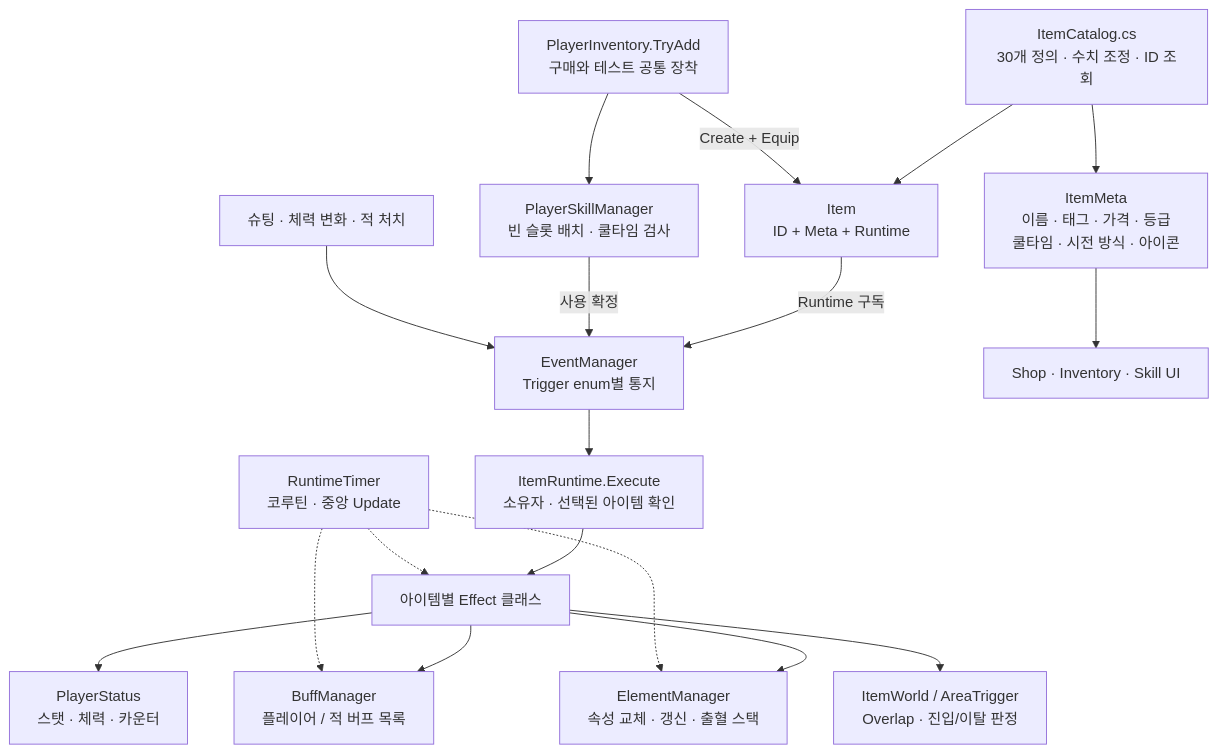
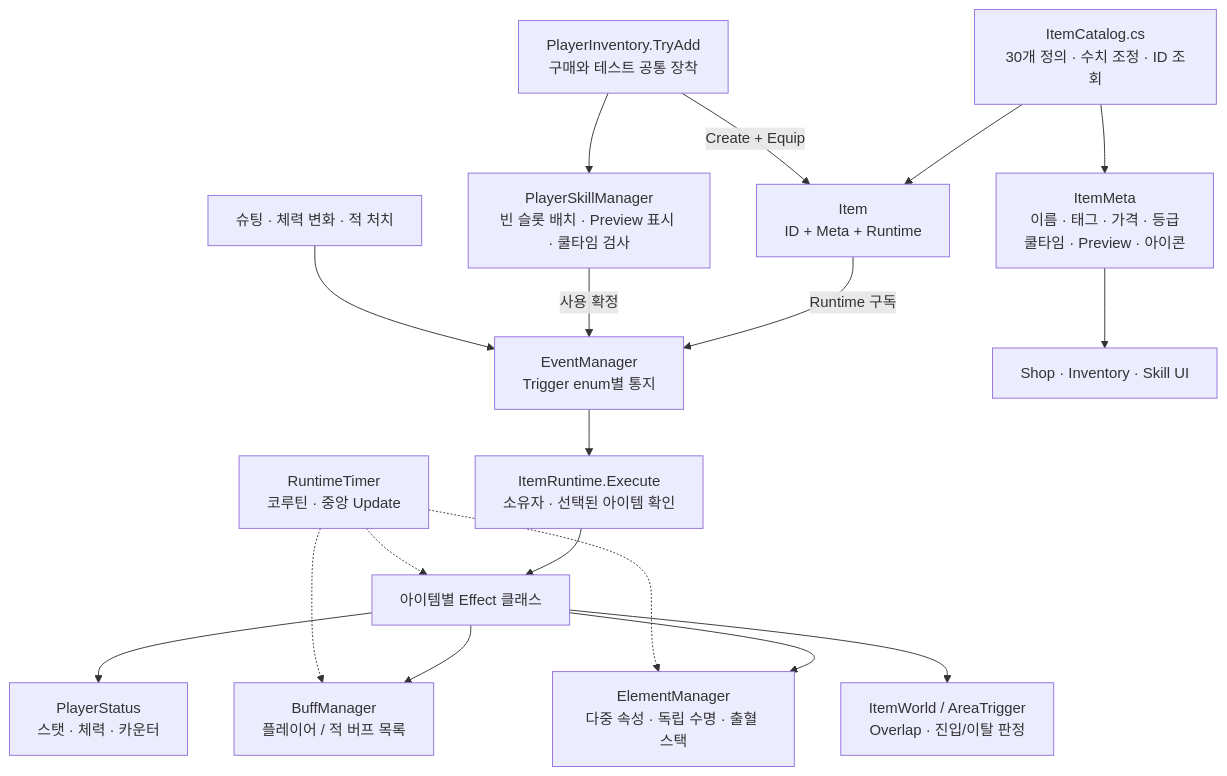
The diagram in Docs/ItemSystem.md (park2002js/2026-U-jam-project), drawn with Mermaid before and after one commit. The commit also changed other lines of this file and 238 other files, not shown here.

First line of the commit message:
Preview 및 Item FX 작업 (#52)

````diff
--- a/Docs/ItemSystem.md
+++ b/Docs/ItemSystem.md
@@ -9,32 +9,32 @@
 ```mermaid
 flowchart TD
     Catalog["ItemCatalog.cs<br/>30개 정의 · 수치 조정 · ID 조회"]
-    Meta["ItemMeta<br/>이름 · 태그 · 가격 · 등급<br/>쿨타임 · 시전 방식 · 아이콘"]
+    Meta["ItemMeta<br/>이름 · 태그 · 가격 · 등급<br/>쿨타임 · Preview · 아이콘"]
     Owned["Item<br/>ID + Meta + Runtime"]
     Inventory["PlayerInventory.TryAdd<br/>구매와 테스트 공통 장착"]
-    Slot["PlayerSkillManager<br/>빈 슬롯 배치 · 쿨타임 검사"]
+    Slot["PlayerSkillManager<br/>빈 슬롯 배치 · Preview 표시 · 쿨타임 검사"]
     Bus["EventManager<br/>Trigger enum별 통지"]
     Runtime["ItemRuntime.Execute<br/>소유자 · 선택된 아이템 확인"]
     Effect["아이템별 Effect 클래스"]
     Status["PlayerStatus<br/>스탯 · 체력 · 카운터"]
     Buff["BuffManager<br/>플레이어 / 적 버프 목록"]
-    Element["ElementManager<br/>속성 교체 · 갱신 · 출혈 스택"]
+    Element["ElementManager<br/>다중 속성 · 독립 수명 · 출혈 스택"]
     Area["ItemWorld / AreaTrigger<br/>Overlap · 진입/이탈 판정"]
     Timer["RuntimeTimer<br/>코루틴 · 중앙 Update"]
     Catalog --> Owned
     Catalog --> Meta
     Meta --> UI["Shop · Inventory · Skill UI"]
     Inventory -->|"Create + Equip"| Owned
     Inventory --> Slot
     Owned -->|"Runtime 구독"| Bus
     Slot -->|"사용 확정"| Bus
     Input["슈팅 · 체력 변화 · 적 처치"] --> Bus
     Bus --> Runtime --> Effect
     Effect --> Status
     Effect --> Buff
     Effect --> Element
     Effect --> Area
     Timer -.-> Buff
     Timer -.-> Element
     Timer -.-> Effect
 ```
````
